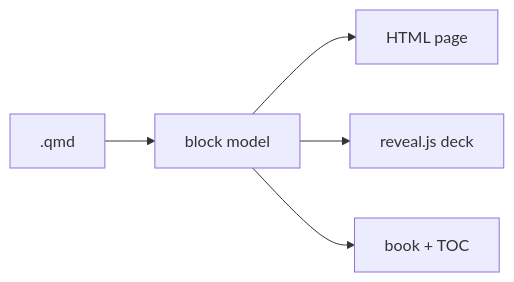
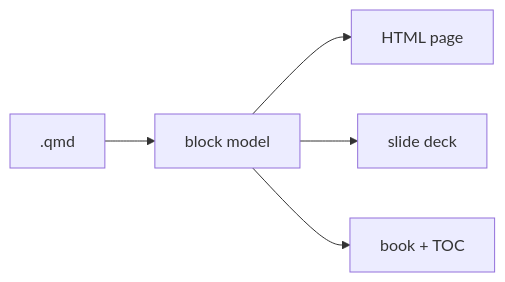
Before and after one commit to AJBogo9/taliesin: the first of 3 diagrams in docs/guide/using/writing.qmd, drawn with Mermaid. The commit also changed 11 other files, not shown here.

````diff
--- a/docs/guide/using/writing.qmd
+++ b/docs/guide/using/writing.qmd
@@ -68,9 +68,9 @@
 ```{mermaid}
 %%| label: fig-render
 %%| fig-cap: "One block model, three render targets."
 flowchart LR
   Q[".qmd"] --> BM["block model"]
   BM --> H["HTML page"]
-  BM --> R["reveal.js deck"]
+  BM --> R["slide deck"]
   BM --> K["book + TOC"]
 ```
````
